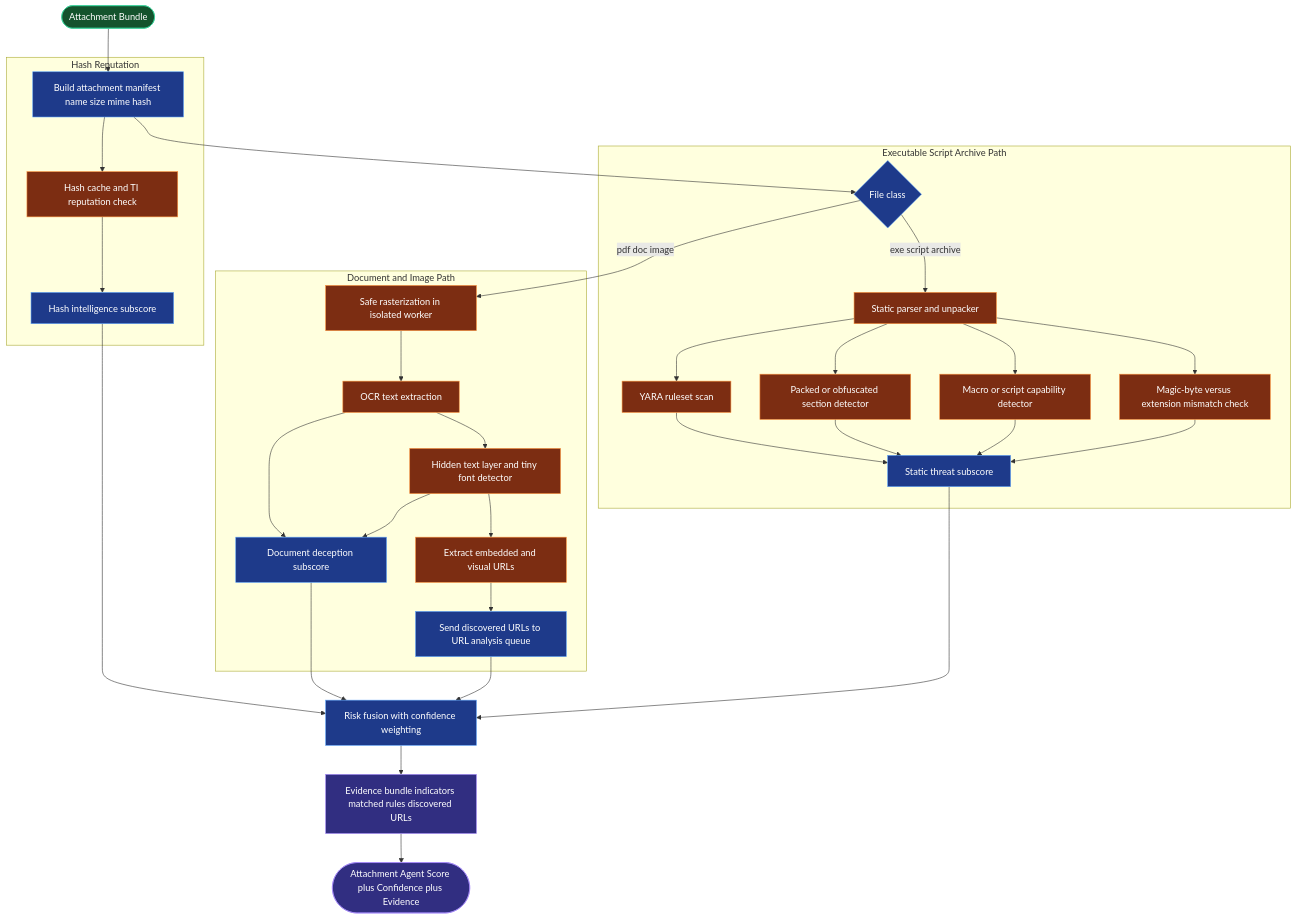
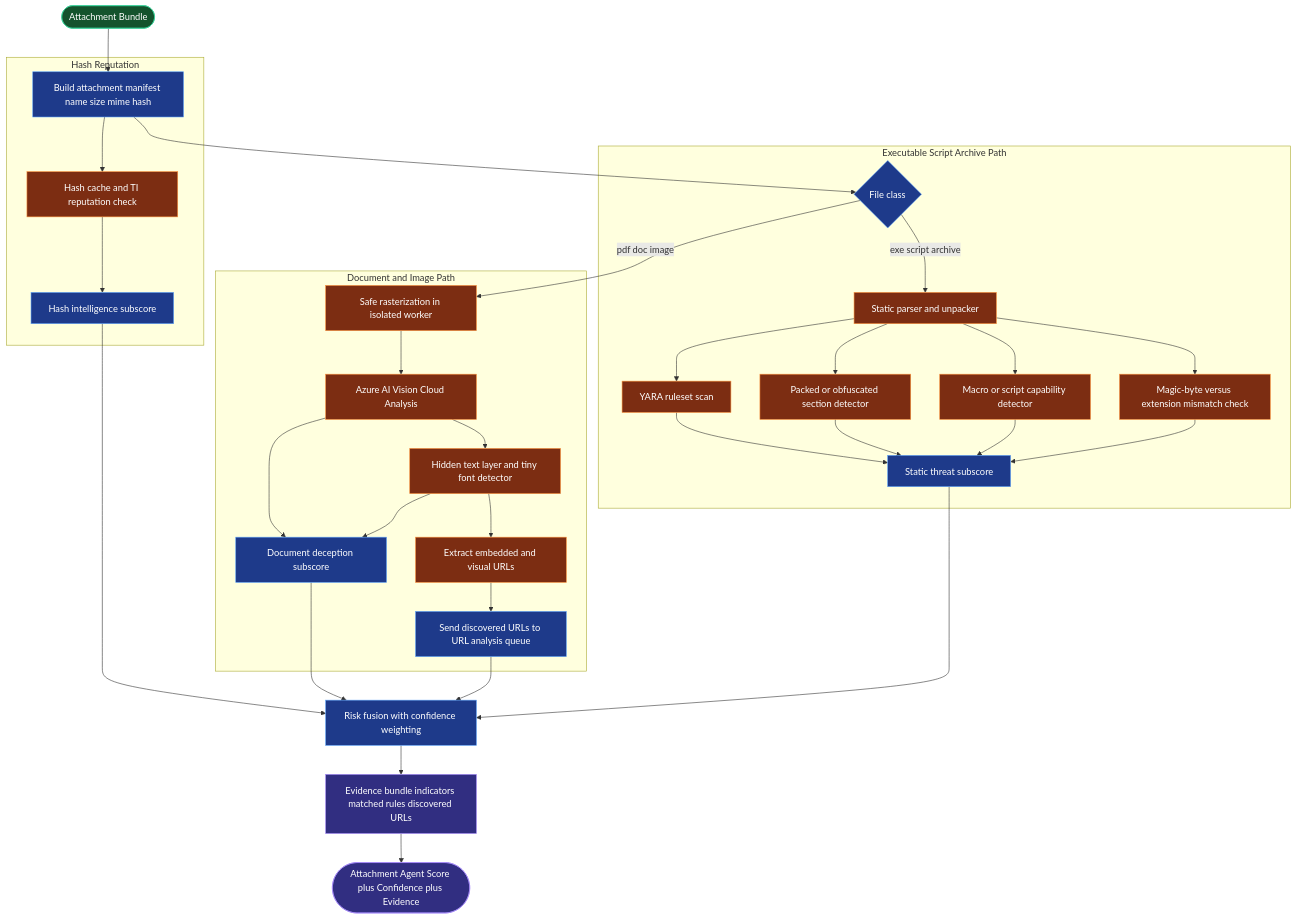
Before and after one commit to mk12002/email_security: the sixth of 9 diagrams in docs/architecture.md, drawn with Mermaid. The commit also changed other lines of this file and 58 other files, not shown here.

````diff
--- a/docs/architecture.md
+++ b/docs/architecture.md
@@ -316,44 +316,44 @@
 ```mermaid
 graph TD
     classDef io fill:#14532d,stroke:#34d399,color:#fff
     classDef proc fill:#1e3a8a,stroke:#60a5fa,color:#fff
     classDef det fill:#7c2d12,stroke:#fb923c,color:#fff
     classDef out fill:#312e81,stroke:#a78bfa,color:#fff
 
     In([Attachment Bundle]):::io --> Manifest[Build attachment manifest name size mime hash]:::proc
     Manifest --> Type{File class}:::proc
 
     subgraph ExecutablePath[Executable Script Archive Path]
         Type -->|exe script archive| Static[Static parser and unpacker]:::det
         Static --> Magic[Magic-byte versus extension mismatch check]:::det
         Static --> Macro[Macro or script capability detector]:::det
         Static --> Entropy[Packed or obfuscated section detector]:::det
         Static --> Yara[YARA ruleset scan]:::det
         Magic --> SScore[Static threat subscore]:::proc
         Macro --> SScore
         Entropy --> SScore
         Yara --> SScore
     end
 
     subgraph DocumentImagePath[Document and Image Path]
         Type -->|pdf doc image| SafeRender[Safe rasterization in isolated worker]:::det
-        SafeRender --> OCR[OCR text extraction]:::det
+        SafeRender --> OCR[Azure AI Vision Cloud Analysis]:::det
         OCR --> Hidden[Hidden text layer and tiny font detector]:::det
         Hidden --> URLExtract[Extract embedded and visual URLs]:::det
         URLExtract --> Reinjection[Send discovered URLs to URL analysis queue]:::proc
         OCR --> DScore[Document deception subscore]:::proc
         Hidden --> DScore
     end
 
     subgraph HashIntel[Hash Reputation]
         Manifest --> HashRep[Hash cache and TI reputation check]:::det
         HashRep --> HScore[Hash intelligence subscore]:::proc
     end
 
     SScore --> Fuse[Risk fusion with confidence weighting]:::proc
     DScore --> Fuse
     HScore --> Fuse
     Reinjection --> Fuse
     Fuse --> Evidence[Evidence bundle indicators matched rules discovered URLs]:::out
     Evidence --> Out([Attachment Agent Score plus Confidence plus Evidence]):::out
 ```
````
